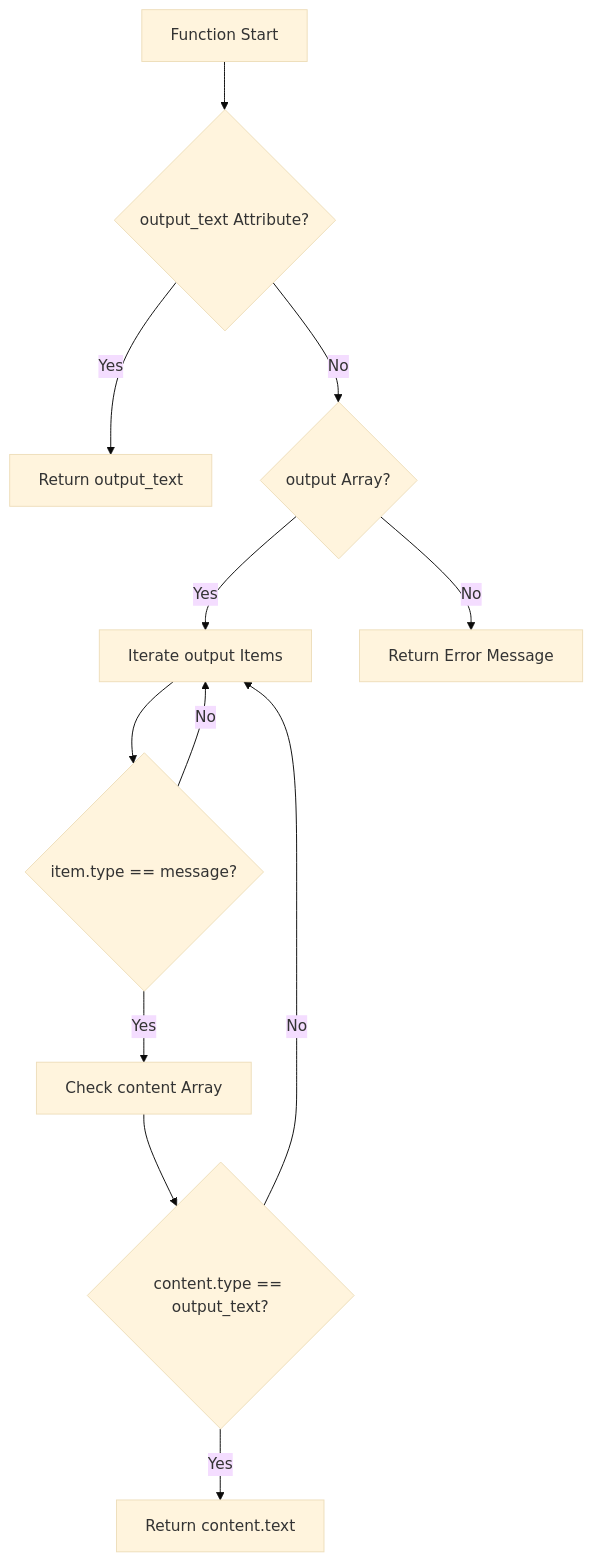
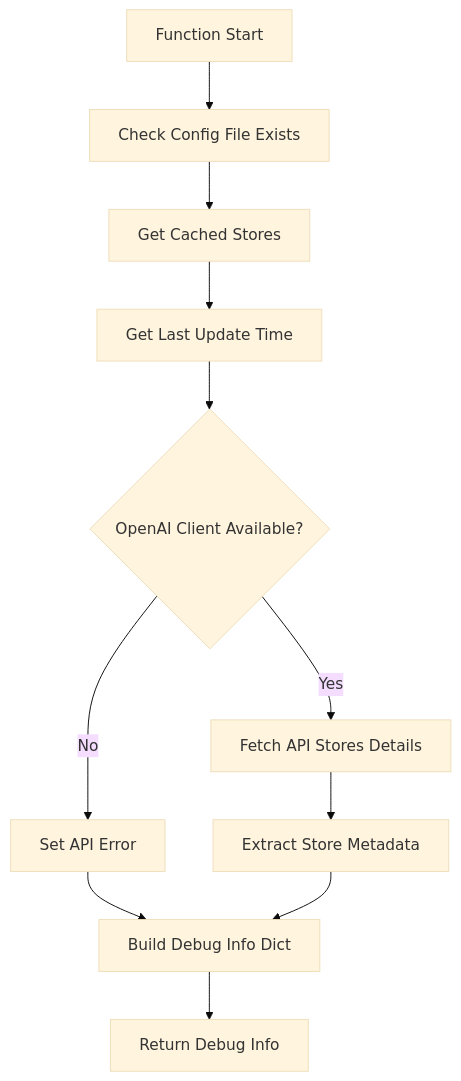
One commit to nakashima2toshio/openai_rag_app changed the ninth of 15 diagrams in doc/a30_30_rag_search.md. Above: the diagram before and after it, drawn with Mermaid (base theme). The commit also changed other lines of this file, not shown here.

````diff
--- a/doc/a30_30_rag_search.md
+++ b/doc/a30_30_rag_search.md
@@ -372,14 +430,13 @@
 ```mermaid
 graph TD
-    A["Function Start"] --> B{"output_text Attribute?"}
-    B -->|Yes| C["Return output_text"]
-    B -->|No| D{"output Array?"}
-    D -->|Yes| E["Iterate output Items"]
-    E --> F{"item.type == message?"}
-    F -->|Yes| G["Check content Array"]
-    G --> H{"content.type == output_text?"}
-    H -->|Yes| I["Return content.text"]
-    H -->|No| E
-    F -->|No| E
-    D -->|No| J["Return Error Message"]
+    A["Function Start"] --> B["Check Config File Exists"]
+    B --> C["Get Cached Stores"]
+    C --> D["Get Last Update Time"]
+    D --> E{"OpenAI Client Available?"}
+    E -->|Yes| F["Fetch API Stores Details"]
+    E -->|No| G["Set API Error"]
+    F --> H["Extract Store Metadata"]
+    G --> I["Build Debug Info Dict"]
+    H --> I
+    I --> J["Return Debug Info"]
 ```
````
